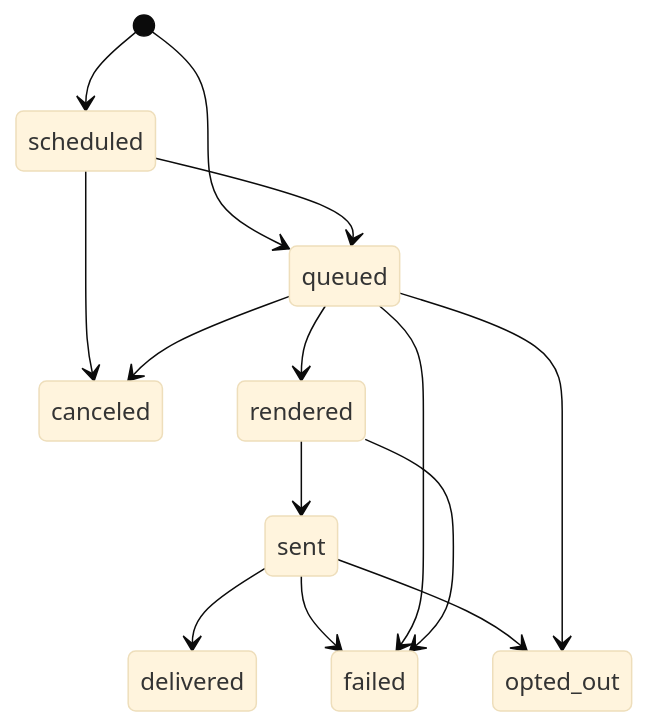
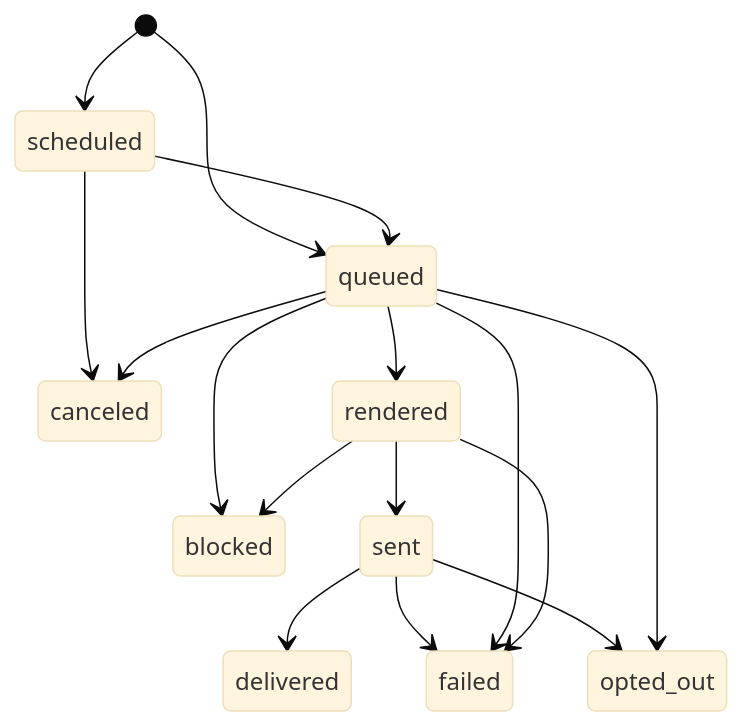
The diagram in concepts/messages.mdx (senderkit/docs), drawn with Mermaid (base theme) before and after one commit. The commit also changed other lines of this file and 3 other files, not shown here.

````diff
--- a/concepts/messages.mdx
+++ b/concepts/messages.mdx
@@ -15,16 +15,18 @@
 ```mermaid
 stateDiagram-v2
     [*] --> queued
     [*] --> scheduled
     scheduled --> queued
     scheduled --> canceled
     queued --> rendered
     queued --> canceled
+    queued --> blocked
     rendered --> sent
+    rendered --> blocked
     sent --> delivered
     sent --> failed
     sent --> opted_out
     queued --> opted_out
     queued --> failed
     rendered --> failed
 ```
````
